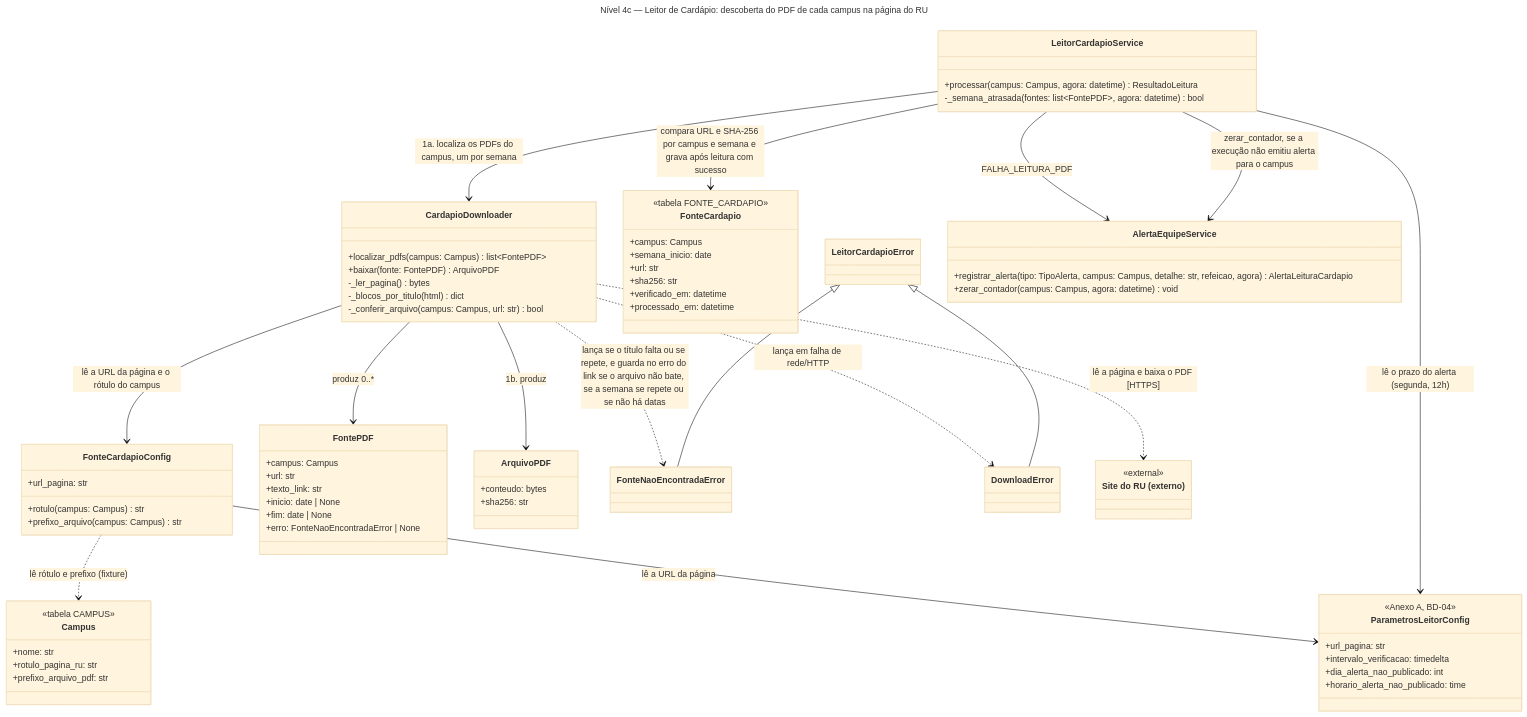
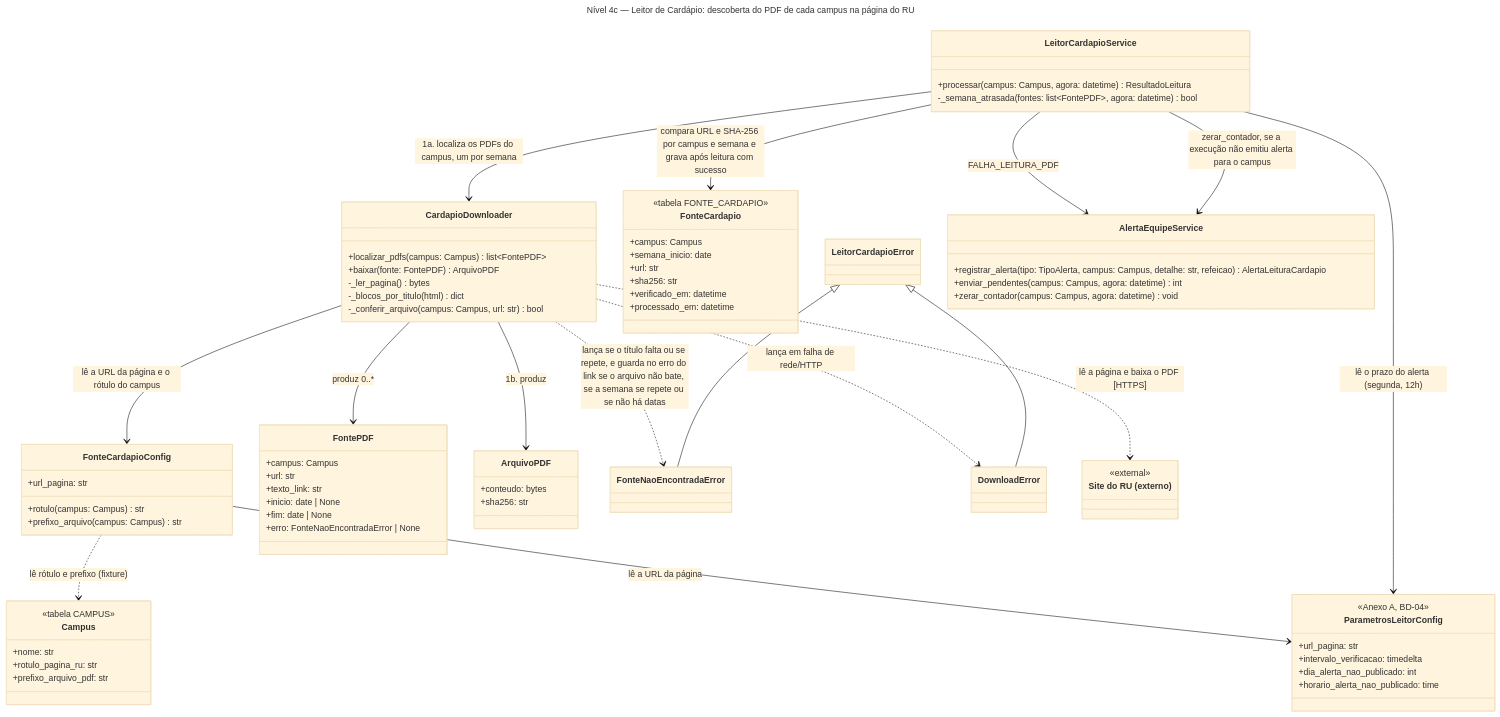
The third of 3 diagrams in docs/arquitetura/backend/c4-nivel-4-leitor-cardapio.md (unb-mds/2026-2-Bandejao-UnB), drawn with Mermaid (base theme) before and after one commit. The commit also changed other lines of this file and 4 other files, not shown here.

```diff
--- a/docs/arquitetura/backend/c4-nivel-4-leitor-cardapio.md
+++ b/docs/arquitetura/backend/c4-nivel-4-leitor-cardapio.md
@@ -391,7 +428,8 @@
   class FonteNaoEncontradaError
   class DownloadError
   class AlertaEquipeService {
-    +registrar_alerta(tipo: TipoAlerta, campus: Campus, detalhe: str, refeicao, agora) AlertaLeituraCardapio
+    +registrar_alerta(tipo: TipoAlerta, campus: Campus, detalhe: str, refeicao) AlertaLeituraCardapio
+    +enviar_pendentes(campus: Campus, agora: datetime) int
     +zerar_contador(campus: Campus, agora: datetime) void
   }
   class SiteRU["Site do RU (externo)"] {
```
